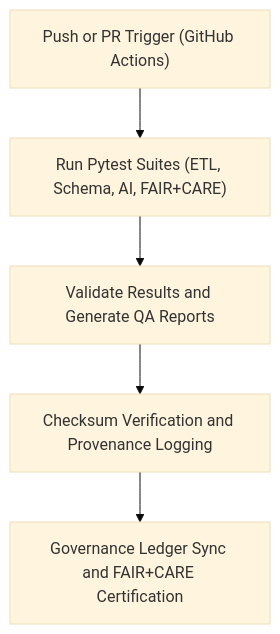
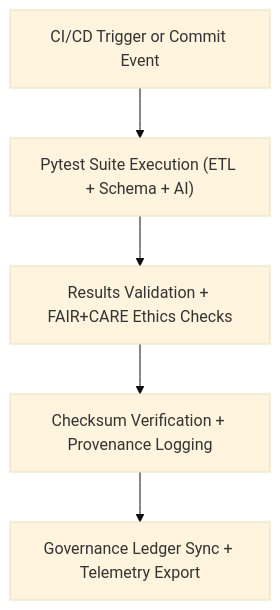
The diagram in tests/README.md (bartytime4life/Kansas-Frontier-Matrix), drawn with Mermaid (base theme) before and after one commit. The commit also changed other lines of this file, not shown here.

````diff
--- a/tests/README.md
+++ b/tests/README.md
@@ -74,7 +79,7 @@
 ```mermaid
 flowchart TD
-    A["Push or PR Trigger (GitHub Actions)"] --> B["Run Pytest Suites (ETL, Schema, AI, FAIR+CARE)"]
-    B --> C["Validate Results and Generate QA Reports"]
-    C --> D["Checksum Verification and Provenance Logging"]
-    D --> E["Governance Ledger Sync and FAIR+CARE Certification"]
+A["CI/CD Trigger or Commit Event"] --> B["Pytest Suite Execution (ETL + Schema + AI)"]
+B --> C["Results Validation + FAIR+CARE Ethics Checks"]
+C --> D["Checksum Verification + Provenance Logging"]
+D --> E["Governance Ledger Sync + Telemetry Export"]
 ```
````
